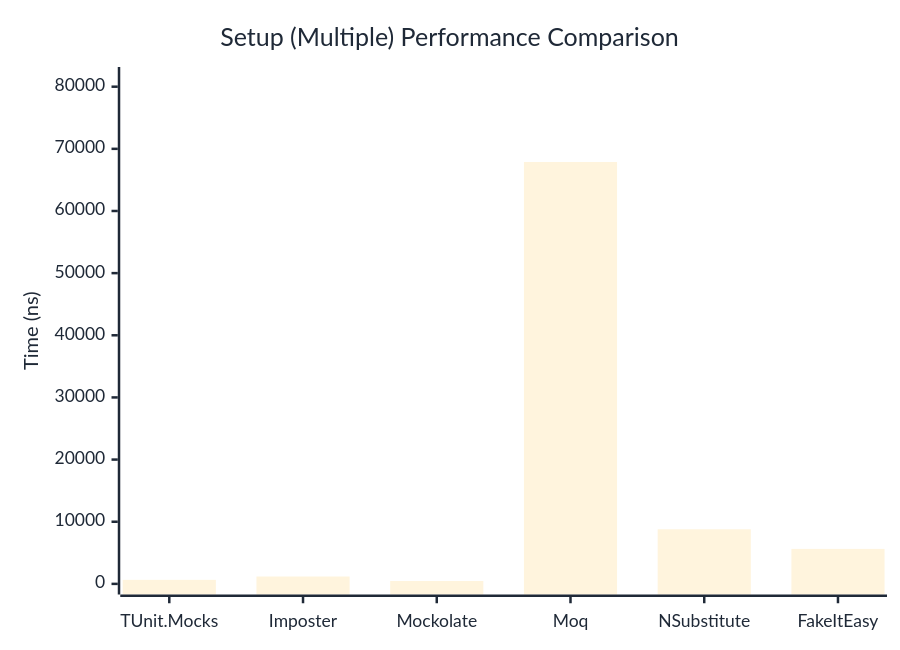
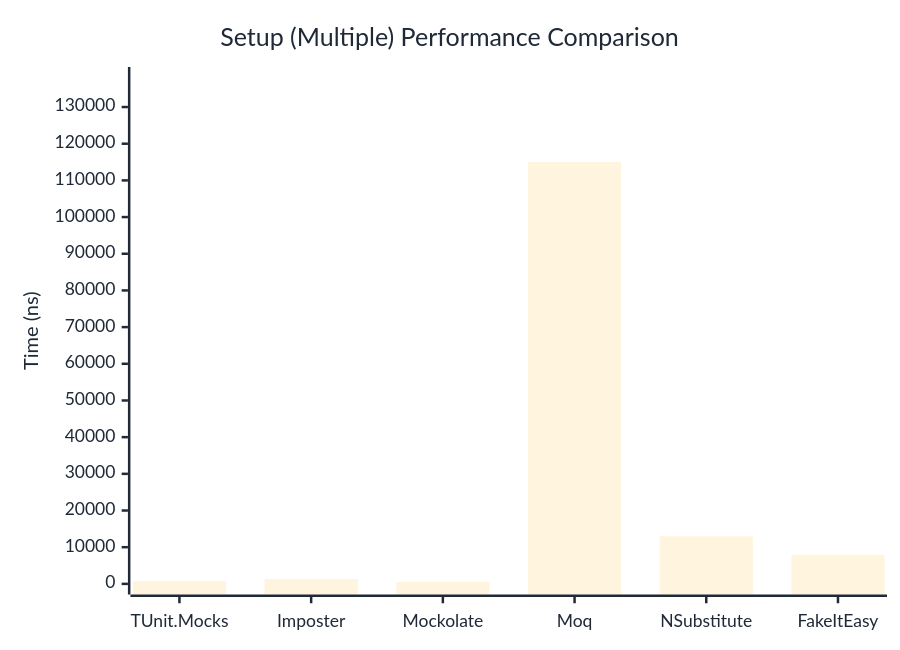
The second of 2 diagrams in docs/docs/benchmarks/mocks/Setup.md (thomhurst/TUnit), drawn with Mermaid before and after one commit. The commit also changed other lines of this file and 14 other files, not shown here.

````diff
--- a/docs/docs/benchmarks/mocks/Setup.md
+++ b/docs/docs/benchmarks/mocks/Setup.md
@@ -71,27 +71,27 @@
 ```mermaid
 %%{init: {
   'theme':'base',
   'themeVariables': {
     'primaryColor': '#2563eb',
     'primaryTextColor': '#1f2937',
     'primaryBorderColor': '#1e40af',
     'lineColor': '#6b7280',
     'secondaryColor': '#7c3aed',
     'tertiaryColor': '#dc2626',
     'background': '#ffffff',
     'pie1': '#2563eb',
     'pie2': '#7c3aed',
     'pie3': '#dc2626',
     'pie4': '#f59e0b',
     'pie5': '#10b981',
     'pie6': '#06b6d4',
     'pie7': '#ec4899',
     'pie8': '#6366f1'
   }
 }}%%
 xychart-beta
   title "Setup (Multiple) Performance Comparison"
   x-axis ["TUnit.Mocks", "Imposter", "Mockolate", "Moq", "NSubstitute", "FakeItEasy"]
-  y-axis "Time (ns)" 0 --> 81458
-  bar [647.3, 1186.1, 463.1, 67881.4, 8786.9, 5627.4]
+  y-axis "Time (ns)" 0 --> 138015
+  bar [741.6, 1337.1, 540.1, 115012.3, 12971.3, 7949.1]
 ```
````
